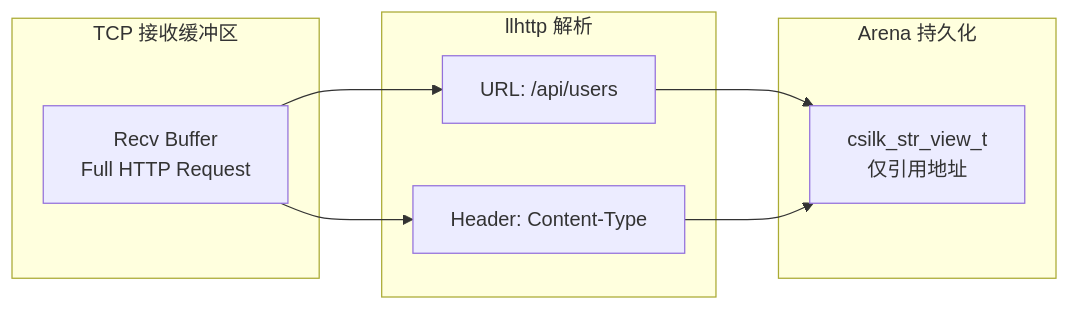
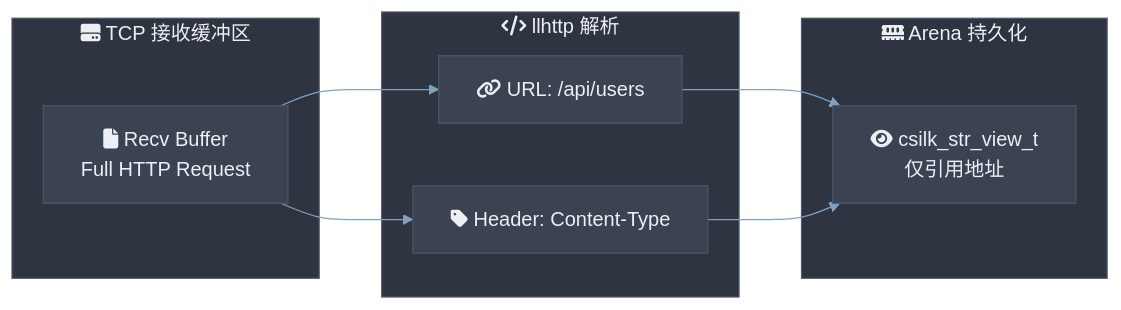
One commit to quintin-lee/csilk changed the sixth of 6 diagrams in docs/module-design/arena.md. Above: the diagram before and after it, drawn with Mermaid. The commit also changed other lines of this file and 30 other files, not shown here.

Commit message:
docs(docs): 📝 apply Nord Mermaid theme, RFC 2119 keywords, and quantified metrics to all docs

````diff
--- a/docs/module-design/arena.md
+++ b/docs/module-design/arena.md
@@ -238,17 +350,39 @@
 ```mermaid
+%%{init: {
+  'theme': 'base',
+  'themeVariables': {
+    'background': '#2E3440',
+    'primaryColor': '#81A1C1',
+    'primaryBorderColor': '#4C566A',
+    'primaryTextColor': '#ECEFF4',
+    'secondaryColor': '#3B4252',
+    'secondaryBorderColor': '#434C5E',
+    'secondaryTextColor': '#D8DEE9',
+    'lineColor': '#81A1C1',
+    'textColor': '#ECEFF4',
+    'mainBkg': '#3B4252',
+    'nodeBorder': '#4C566A',
+    'clusterBkg': '#2E3440',
+    'clusterBorder': '#4C566A',
+    'titleColor': '#ECEFF4',
+    'edgeLabelBackground': '#3B4252',
+    'nodeTextColor': '#ECEFF4'
+  },
+  'flowchart': {'htmlLabels': true, 'curve': 'basis'}
+}}%%
 flowchart LR
-    subgraph "TCP 接收缓冲区"
-        BUF["Recv Buffer<br/>Full HTTP Request"]
+    subgraph tcp_buf["fa:fa-hdd TCP 接收缓冲区"]
+        BUF["fa:fa-file Recv Buffer<br/>Full HTTP Request"]
     end
-    subgraph "llhttp 解析"
-        URL["URL: /api/users"]
-        HDR["Header: Content-Type"]
+    subgraph llhttp_parse["fa:fa-code llhttp 解析"]
+        URL["fa:fa-link URL: /api/users"]
+        HDR["fa:fa-tag Header: Content-Type"]
     end
-    subgraph "Arena 持久化"
-        AHDR["csilk_str_view_t<br/>仅引用地址"]
+    subgraph arena_persist["fa:fa-memory Arena 持久化"]
+        AHDR["fa:fa-eye csilk_str_view_t<br/>仅引用地址"]
     end
     BUF --> URL
     BUF --> HDR
     URL --> AHDR
     HDR --> AHDR
 ```
````
